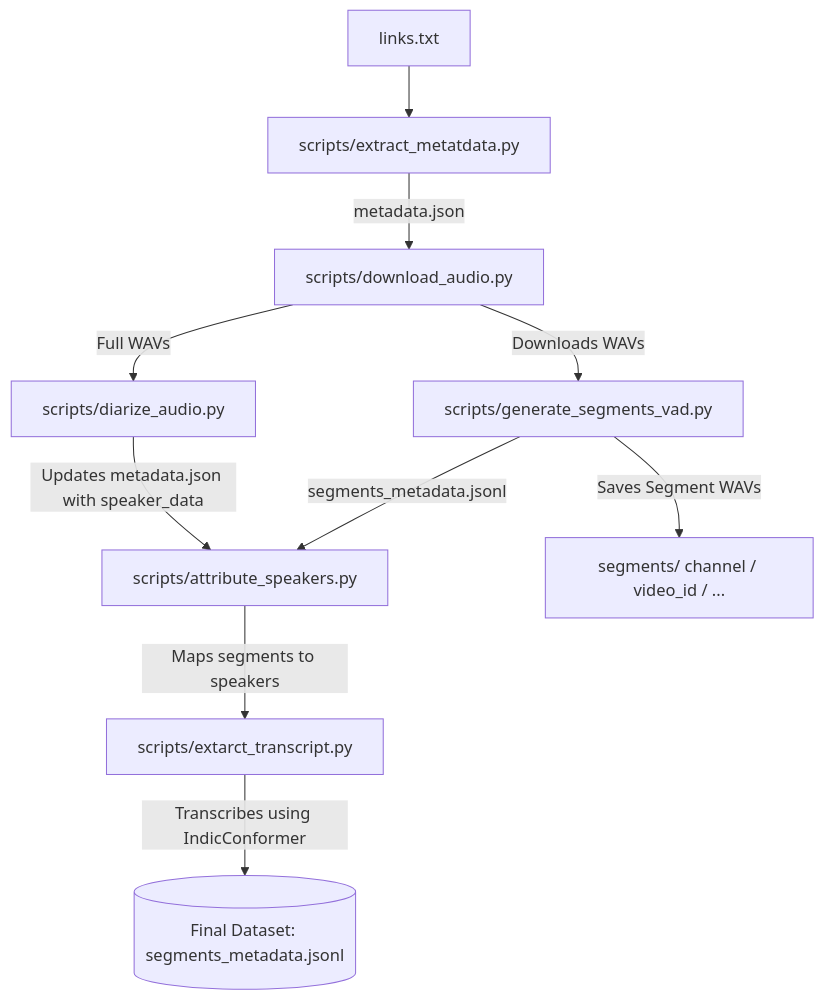
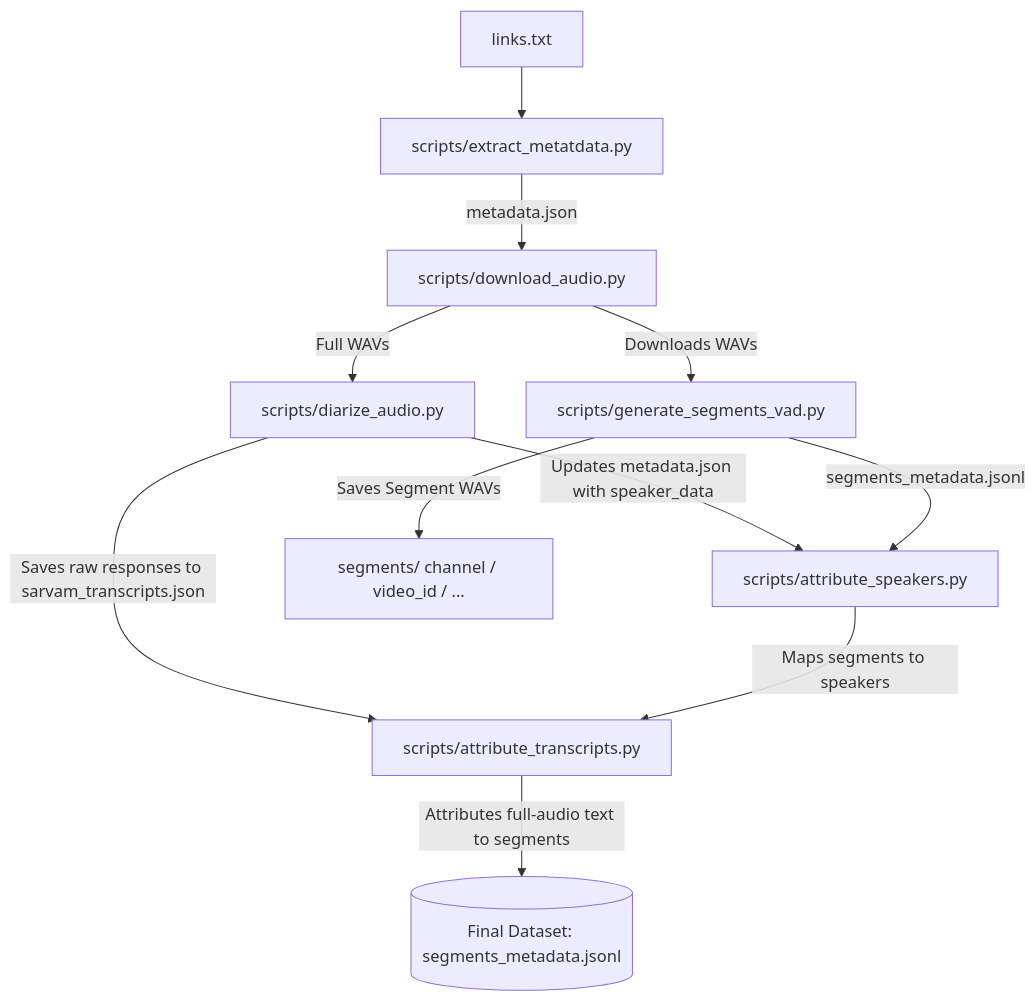
The diagram in README.md (Suhas-Koheda/speech-pipeline), drawn with Mermaid before and after one commit. The commit also changed other lines of this file and 3 other files, not shown here.

````diff
--- a/README.md
+++ b/README.md
@@ -9,18 +9,19 @@
 ```mermaid
 flowchart TD
     A[links.txt] --> B[scripts/extract_metatdata.py]
     B -->|metadata.json| C[scripts/download_audio.py]
     C -->|Downloads WAVs| D[scripts/generate_segments_vad.py]
     
+    %% Diarization & ASR Branch
+    C -->|Full WAVs| E[scripts/diarize_audio.py]
+    E -->|Updates metadata.json with speaker_data| F
+    E -->|Saves raw responses to sarvam_transcripts.json| H[scripts/attribute_transcripts.py]
+    
     %% VAD Branch
     D -->|segments_metadata.jsonl| F[scripts/attribute_speakers.py]
     D -->|Saves Segment WAVs| G[segments/ channel / video_id / ...]
     
-    %% Diarization Branch
-    C -->|Full WAVs| E[scripts/diarize_audio.py]
-    E -->|Updates metadata.json with speaker_data| F
-    
     %% Final Integration
-    F -->|Maps segments to speakers| H[scripts/extarct_transcript.py]
-    H -->|Transcribes using IndicConformer| I[(Final Dataset: segments_metadata.jsonl)]
+    F -->|Maps segments to speakers| H
+    H -->|Attributes full-audio text to segments| I[(Final Dataset: segments_metadata.jsonl)]
 ```
````
